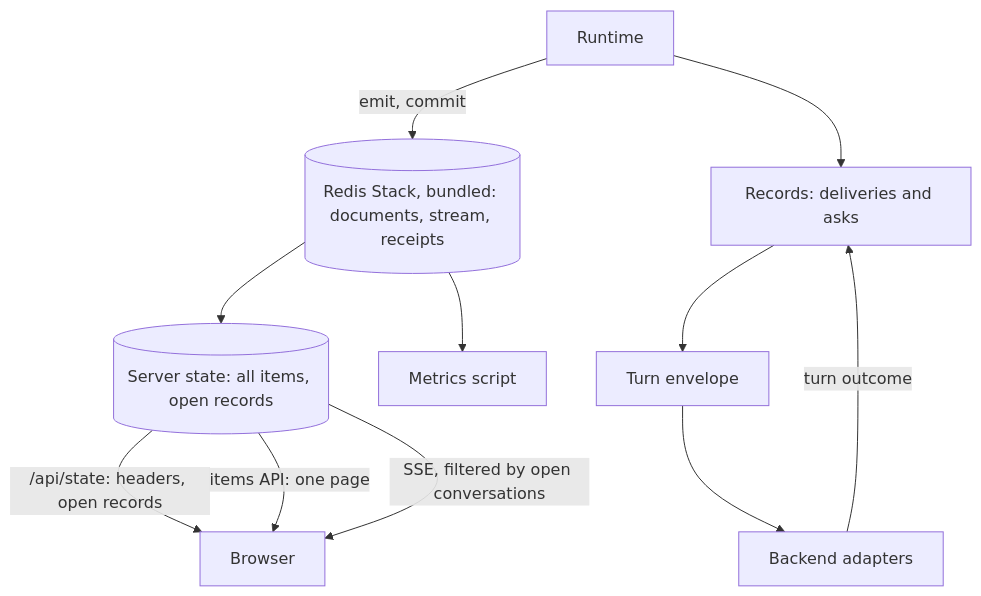
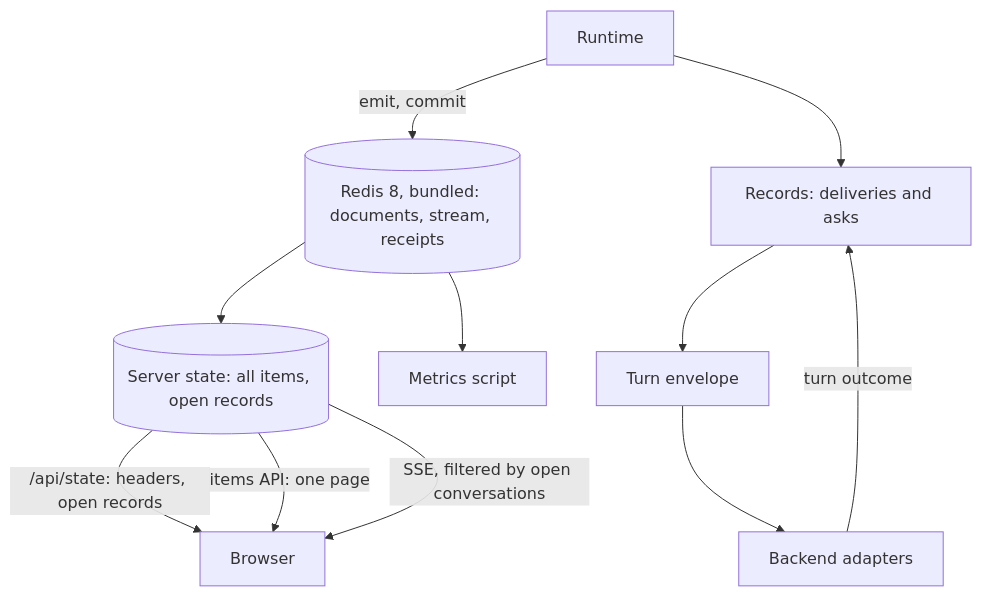
Before and after one commit to HJeon139/postbox: the second of 9 diagrams in designs/508/design.md, drawn with Mermaid. The commit also changed other lines of this file and 3 other files, not shown here.

````diff
--- a/designs/508/design.md
+++ b/designs/508/design.md
@@ -96,13 +96,13 @@
 ```mermaid
 flowchart TD
-  RT["Runtime"] -->|"emit, commit"| DB[("Redis Stack, bundled: documents, stream, receipts")]
+  RT["Runtime"] -->|"emit, commit"| DB[("Redis 8, bundled: documents, stream, receipts")]
   DB --> ST[("Server state: all items, open records")]
   RT --> REC["Records: deliveries and asks"]
   REC --> ENV["Turn envelope"]
   ENV --> AD["Backend adapters"]
   AD -->|"turn outcome"| REC
   ST -->|"/api/state: headers, open records"| BR["Browser"]
   ST -->|"items API: one page"| BR
   ST -->|"SSE, filtered by open conversations"| BR
   DB --> MET["Metrics script"]
 ```
````
